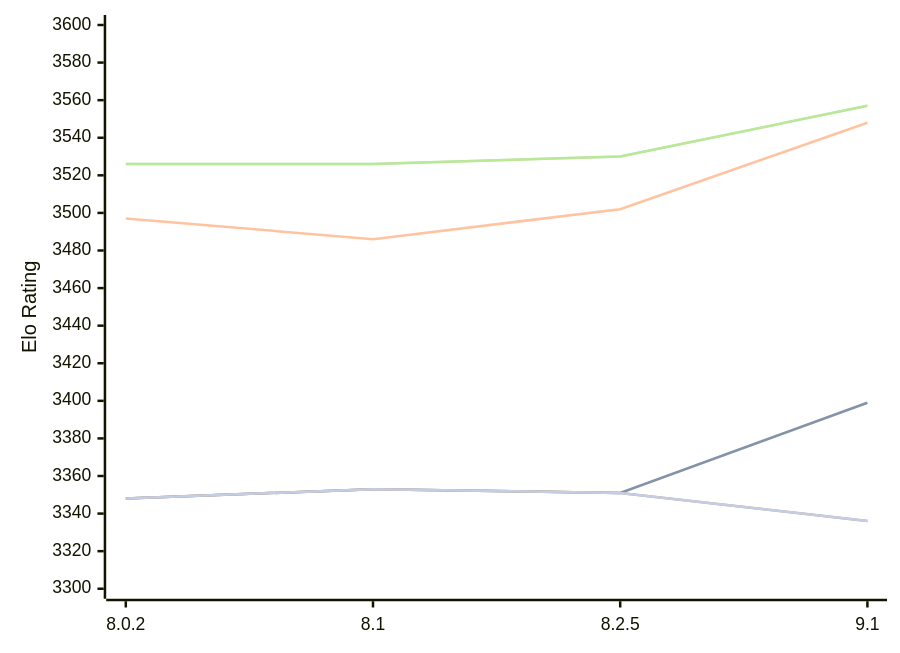
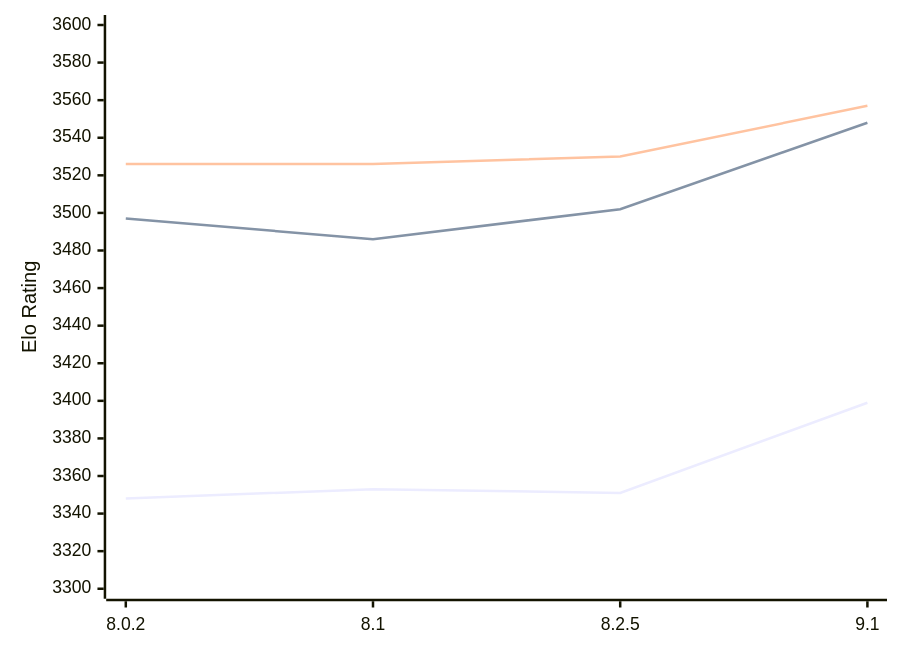
Before and after one commit to computer-chess-index/cci: the diagram in engines/Clover.md, drawn with Mermaid. The commit also changed other lines of this file, not shown here.

````diff
--- a/engines/Clover.md
+++ b/engines/Clover.md
@@ -50,13 +50,9 @@
 ```mermaid
 %%{init: {"theme":"base","themeVariables":{"seriesColors:['#a3a3a3','#222221','#faa371']}}}%%
 xychart-beta
   x-axis ["8.0.2", "8.1", "8.2.5", "9.1"]
   y-axis "Elo Rating" 3300 --> 3600
-  line "" [3348, 3353, 3351, 3399]
   line "T1: STC (8.0+0.08s)" [3348, 3353, 3351, 3399]
   line "T1: LTC (60.0+0.60s)" [3497, 3486, 3502, 3548]
-  line "" [3526, 3526, 3530, 3557]
   line "T1: VLTC (2m24s+1.12s)" [3526, 3526, 3530, 3557]
-  line "" [3348, 3353, 3351,3336]
-  line "E1: STC (8.0+0.08s)" [3348, 3353, 3351,3336]
 ```
````
